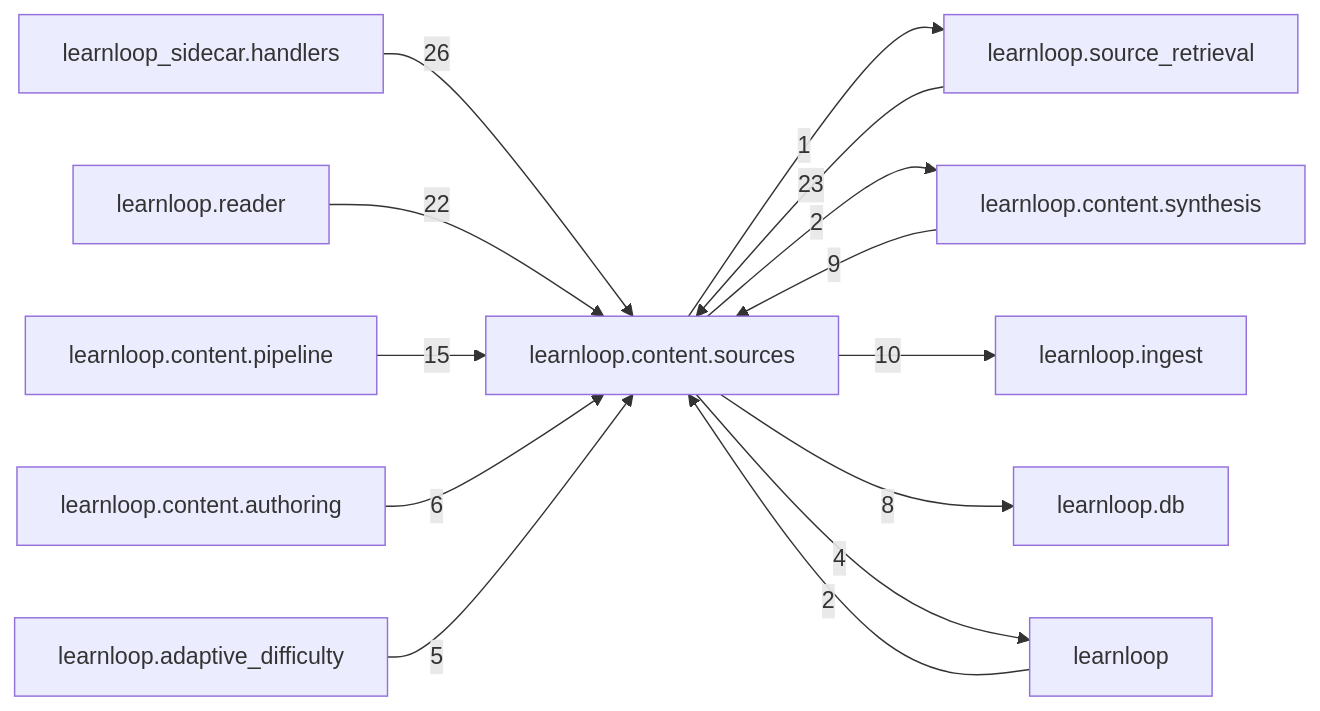
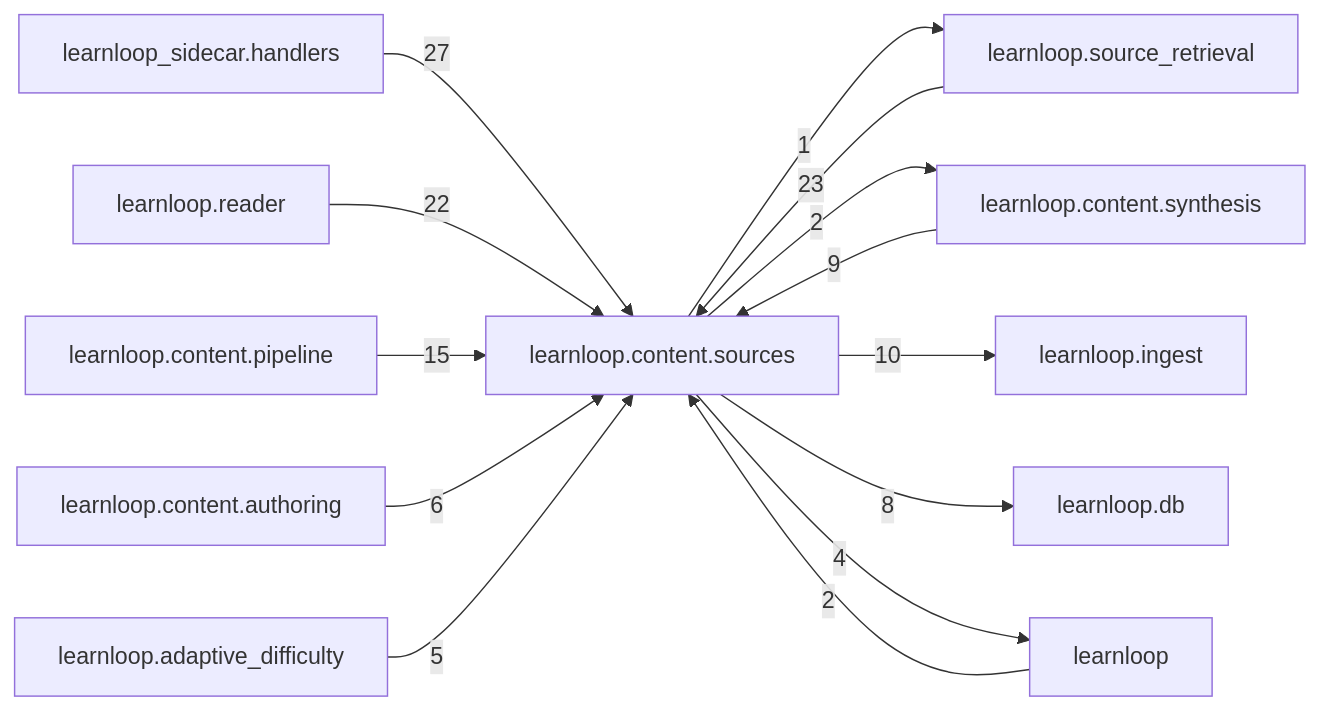
The diagram in docs/learnloop-architecture-vault/Reference/Modules/learnloop/content/sources/_package.md (6up-b/learnanything), drawn with Mermaid before and after one commit. The commit also changed other lines of this file and 46 other files, not shown here.

````diff
--- a/docs/learnloop-architecture-vault/Reference/Modules/learnloop/content/sources/_package.md
+++ b/docs/learnloop-architecture-vault/Reference/Modules/learnloop/content/sources/_package.md
@@ -127,27 +127,27 @@
 ```mermaid
 flowchart LR
     center["learnloop.content.sources"]
     n_learnloop_sidecar_handlers["learnloop_sidecar.handlers"]
     n_learnloop_source_retrieval["learnloop.source_retrieval"]
     n_learnloop_reader["learnloop.reader"]
     n_learnloop_content_pipeline["learnloop.content.pipeline"]
     n_learnloop_content_synthesis["learnloop.content.synthesis"]
     n_learnloop_ingest["learnloop.ingest"]
     n_learnloop_db["learnloop.db"]
     n_learnloop["learnloop"]
     n_learnloop_content_authoring["learnloop.content.authoring"]
     n_learnloop_adaptive_difficulty["learnloop.adaptive_difficulty"]
-    n_learnloop_sidecar_handlers -->|26| center
+    n_learnloop_sidecar_handlers -->|27| center
     n_learnloop_source_retrieval -->|23| center
     center -->|1| n_learnloop_source_retrieval
     n_learnloop_reader -->|22| center
     n_learnloop_content_pipeline -->|15| center
     n_learnloop_content_synthesis -->|9| center
     center -->|2| n_learnloop_content_synthesis
     center -->|10| n_learnloop_ingest
     center -->|8| n_learnloop_db
     n_learnloop -->|2| center
     center -->|4| n_learnloop
     n_learnloop_content_authoring -->|6| center
     n_learnloop_adaptive_difficulty -->|5| center
 ```
````
